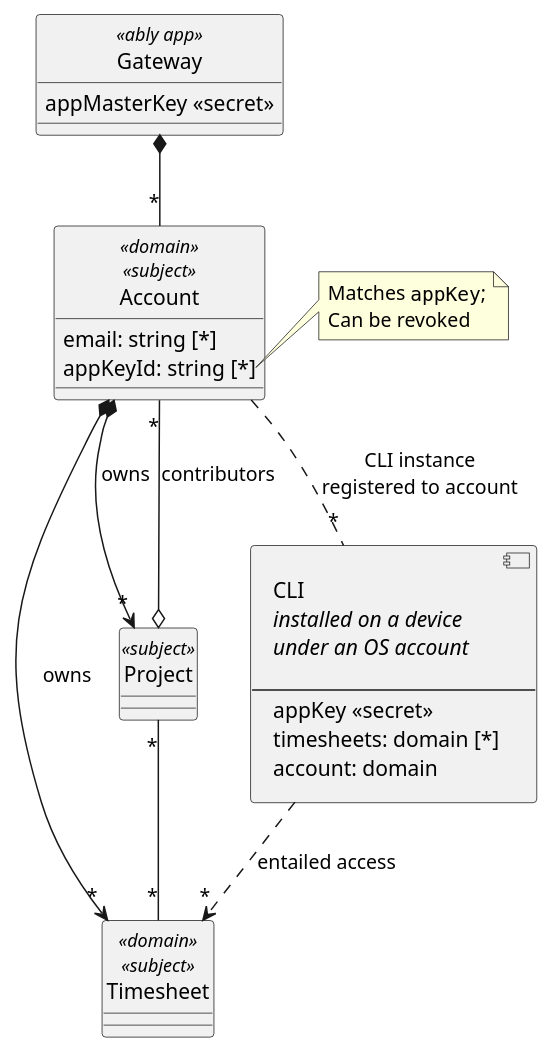
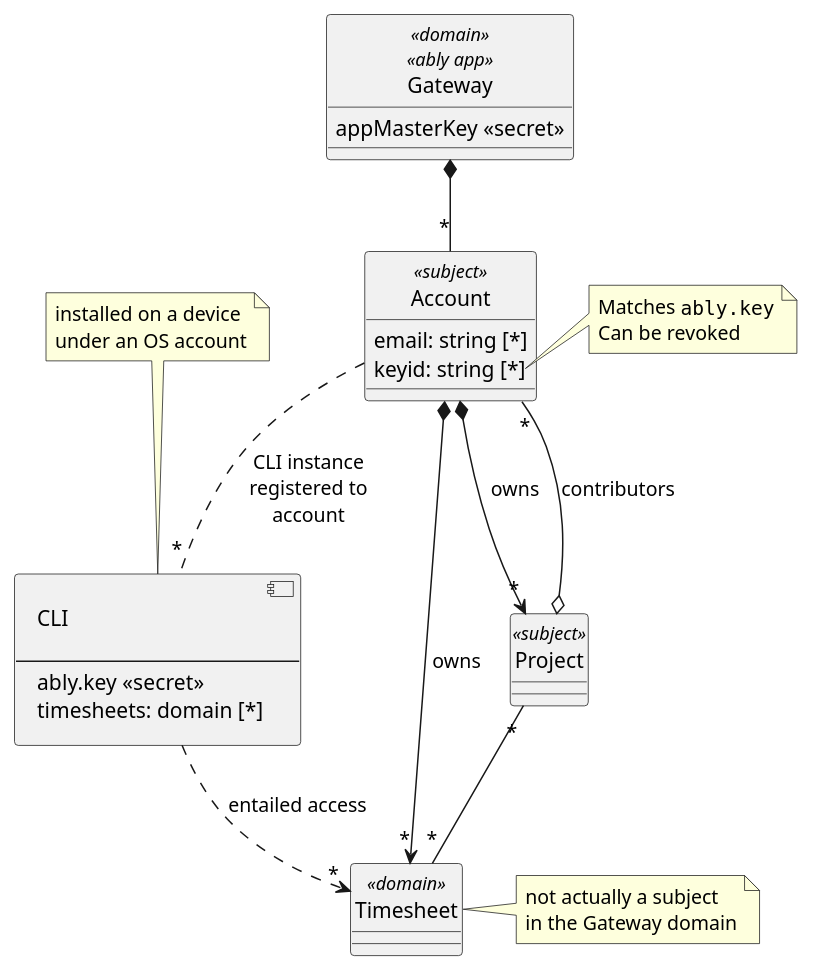
Before and after one commit to m-ld/timeld: the diagram in architecture/security/accounts.class.puml, drawn with PlantUML. The commit also changed 29 other files, not shown here.

```diff
--- a/architecture/security/accounts.class.puml
+++ b/architecture/security/accounts.class.puml
@@ -1,51 +1,56 @@
 @startuml
 'https://plantuml.com/class-diagram
 
 hide circle
 allowmixing
 
-class Gateway <<ably app>> {
+class Gateway <<domain>> <<ably app>> {
   appMasterKey <<secret>>
 }
 
 Gateway *-- "*" Account
 
-class Account <<domain>> <<subject>> {
+class Account <<subject>> {
   email: string [*]
-  appKeyId: string [*]
+  keyid: string [*]
 }
-note right of Account::appKeyId
-  Matches ""appKey"";
+note right of Account::keyid
+  Matches ""ably.key""
   Can be revoked
 end note
 
 Account *--> "*" Timesheet: owns
 
 Account *--> "*" Project: owns
 
-class Timesheet <<domain>> <<subject>> {
+class Timesheet <<domain>> {
 }
+note right of Timesheet
+  not actually a subject
+  in the Gateway domain
+end note
 
 class Project <<subject>> {
 }
 
 Project o-- "*" Account: contributors
 
 Project "*" -- "*" Timesheet
 
 component CLI [
   CLI
-  //installed on a device//
-  //under an OS account//
 
   ---
-  appKey <<secret>>
+  ably.key <<secret>>
   timesheets: domain [*]
-  account: domain
 ]
+note top of CLI
+  installed on a device
+  under an OS account
+end note
 
-Account .. "*" CLI: CLI instance\nregistered to account
+Account .. "*" CLI: CLI instance\nregistered to\naccount
 
 CLI ..> "*" Timesheet: entailed access
 
 @enduml
```
